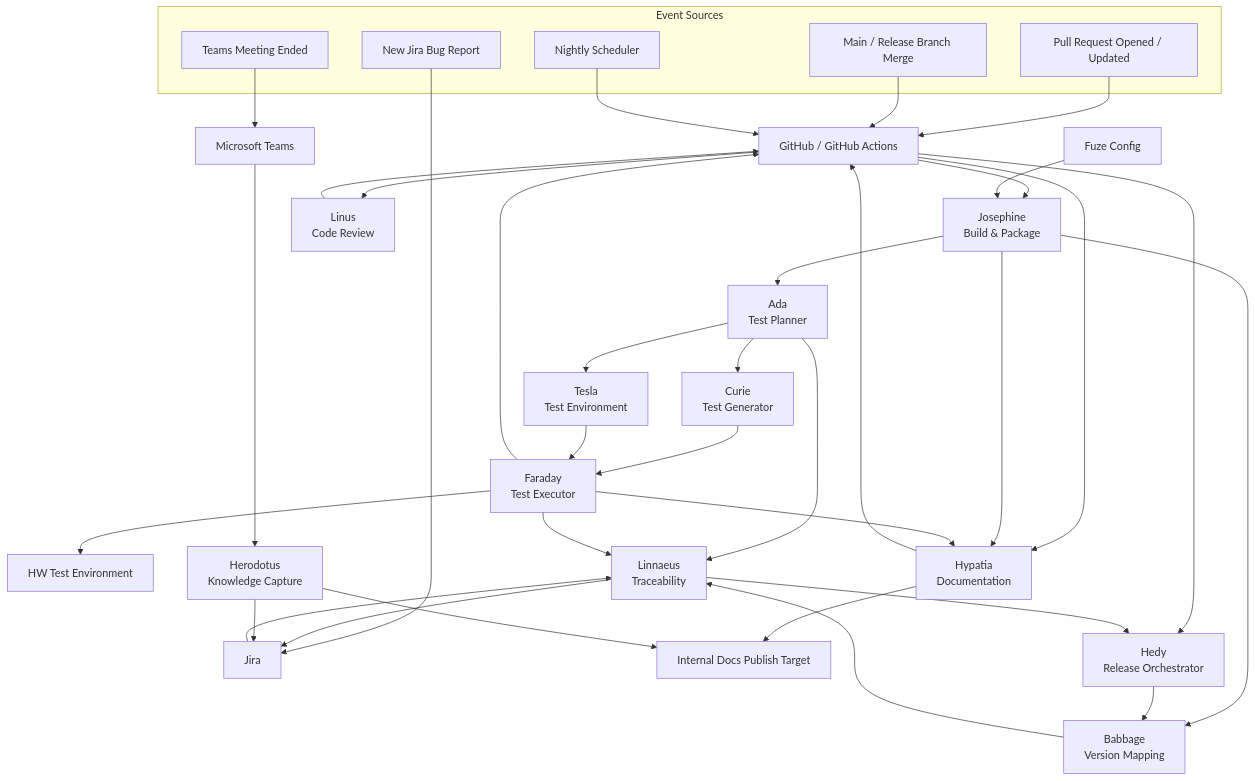
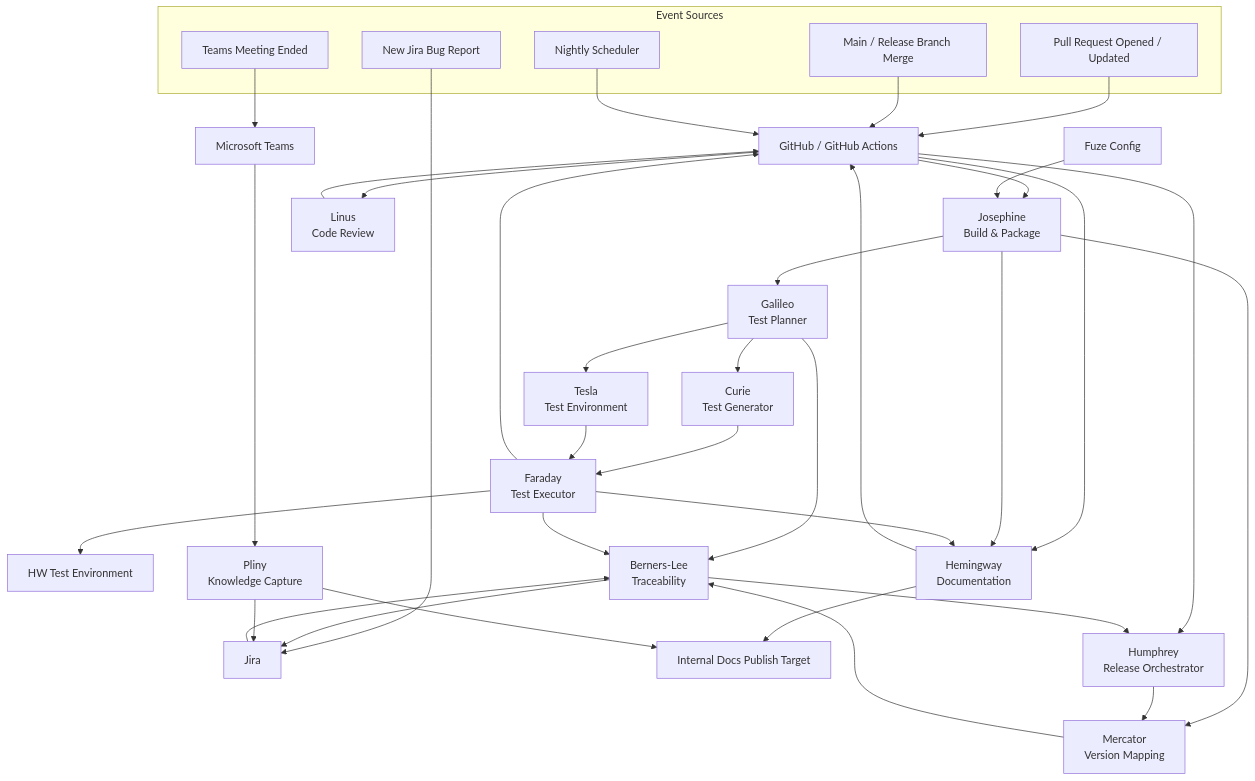
The second of 2 diagrams in docs/workforce/ai_agents_spec_complete.md (jmac-cornelis/agent-workforce), drawn with Mermaid before and after one commit. The commit also changed other lines of this file and 157 other files, not shown here.

````diff
--- a/docs/workforce/ai_agents_spec_complete.md
+++ b/docs/workforce/ai_agents_spec_complete.md
@@ -564,77 +564,77 @@
 ```mermaid
 flowchart TB
     %% Event Sources
     subgraph EVENTS["Event Sources"]
         PR["Pull Request Opened / Updated"]
         MERGE["Main / Release Branch Merge"]
         NIGHTLY["Nightly Scheduler"]
         BUG["New Jira Bug Report"]
         MEETING["Teams Meeting Ended"]
     end
 
     %% Platforms
     GH["GitHub / GitHub Actions"]
     JIRA["Jira"]
     TEAMS["Microsoft Teams"]
     FUZE["Fuze Config"]
     HW["HW Test Environment"]
     DOCS["Internal Docs Publish Target"]
 
     %% Agents
     JOSEPHINE["Josephine<br/>Build & Package"]
-    HEDY["Hedy<br/>Release Orchestrator"]
+    HEDY["Humphrey<br/>Release Orchestrator"]
     LINUS["Linus<br/>Code Review"]
-    ADA["Ada<br/>Test Planner"]
+    ADA["Galileo<br/>Test Planner"]
     CURIE["Curie<br/>Test Generator"]
     FARADAY["Faraday<br/>Test Executor"]
     TESLA["Tesla<br/>Test Environment"]
-    HYPATIA["Hypatia<br/>Documentation"]
-    BABBAGE["Babbage<br/>Version Mapping"]
-    LINNAEUS["Linnaeus<br/>Traceability"]
-    HERODOTUS["Herodotus<br/>Knowledge Capture"]
+    HYPATIA["Hemingway<br/>Documentation"]
+    BABBAGE["Mercator<br/>Version Mapping"]
+    LINNAEUS["Berners-Lee<br/>Traceability"]
+    HERODOTUS["Pliny<br/>Knowledge Capture"]
 
     %% Event Entry
     PR --> GH
     MERGE --> GH
     NIGHTLY --> GH
     BUG --> JIRA
     MEETING --> TEAMS
 
     %% PR Flow
     GH --> LINUS
     GH --> JOSEPHINE
     FUZE --> JOSEPHINE
     JOSEPHINE --> ADA
     ADA --> CURIE
     ADA --> TESLA
     CURIE --> FARADAY
     TESLA --> FARADAY
     FARADAY --> HW
     FARADAY --> GH
     LINUS --> GH
 
     %% Merge / Release Flow
     GH --> HEDY
     JOSEPHINE --> BABBAGE
     HEDY --> BABBAGE
     BABBAGE --> LINNAEUS
     ADA --> LINNAEUS
     FARADAY --> LINNAEUS
     LINNAEUS --> JIRA
 
     %% Documentation Flow
     GH --> HYPATIA
     JOSEPHINE --> HYPATIA
     FARADAY --> HYPATIA
     HYPATIA --> DOCS
     HYPATIA --> GH
 
     %% Bug / Traceability Flow
     JIRA --> LINNAEUS
     LINNAEUS --> HEDY
 
     %% Knowledge Capture Flow
     TEAMS --> HERODOTUS
     HERODOTUS --> JIRA
     HERODOTUS --> DOCS
 ```
````
